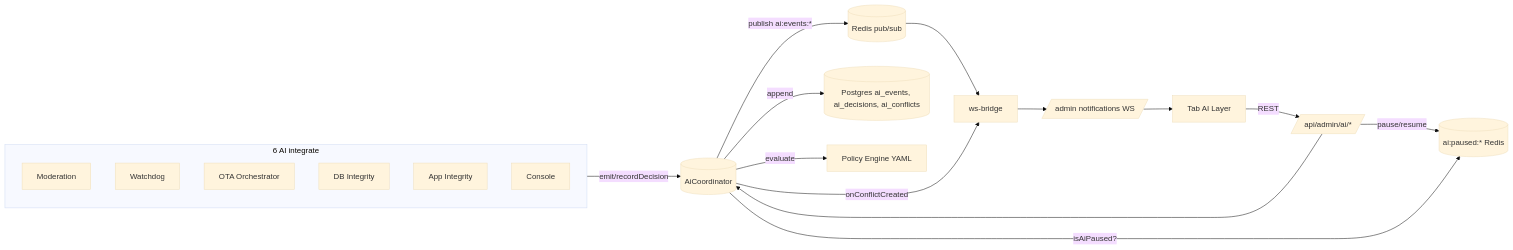
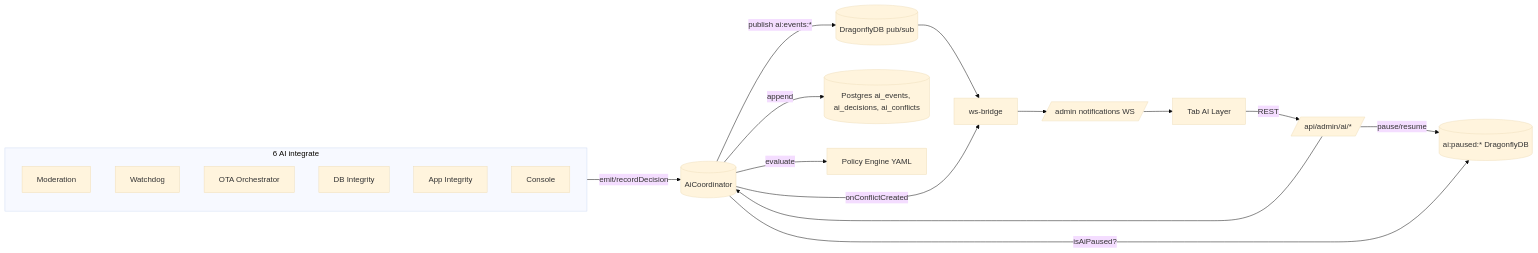
The diagram in docs/ai-layer.md (Andreamasteri/Bikerlink), drawn with Mermaid (base theme) before and after one commit. The commit also changed other lines of this file and 54 other files, not shown here.

First line of the commit message:
Task #5285: Deep rename Redis → DragonflyDB (Phases A/B/C complete)

````diff
--- a/docs/ai-layer.md
+++ b/docs/ai-layer.md
@@ -21,23 +21,23 @@
 ```mermaid
 flowchart LR
   subgraph AIs[6 AI integrate]
     M[Moderation]
     W[Watchdog]
     O[OTA Orchestrator]
     DB[DB Integrity]
     APP[App Integrity]
     CON[Console]
   end
   AIs -->|emit/recordDecision| C[(AiCoordinator)]
-  C -->|publish ai:events:*| R[(Redis pub/sub)]
+  C -->|publish ai:events:*| R[(DragonflyDB pub/sub)]
   C -->|append| DBR[(Postgres ai_events, ai_decisions, ai_conflicts)]
   C -->|evaluate| PE[Policy Engine YAML]
   R --> WSB[ws-bridge]
   C -->|onConflictCreated| WSB
   WSB --> WS[/admin notifications WS/]
   WS --> UI[Tab AI Layer]
   UI -->|REST| API[/api/admin/ai/*/]
   API --> C
-  API -->|pause/resume| KSW[(ai:paused:* Redis)]
+  API -->|pause/resume| KSW[(ai:paused:* DragonflyDB)]
   C -->|isAiPaused?| KSW
 ```
````
